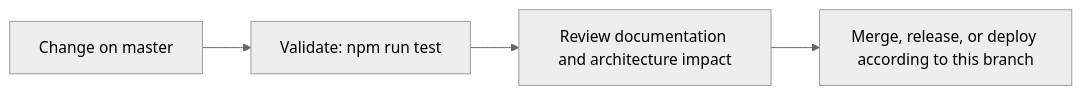
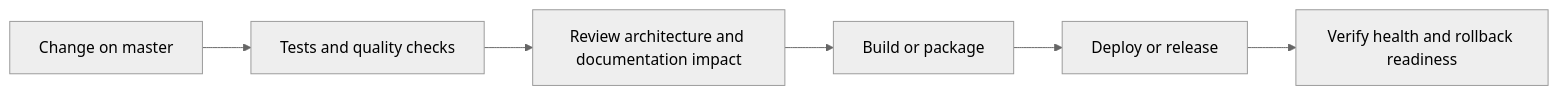
The fourth of 5 diagrams in README.md (Nischhalsubba/33-js-concepts), drawn with Mermaid (neutral theme) before and after one commit. The commit also changed other lines of this file, not shown here.

````diff
--- a/README.md
+++ b/README.md
@@ -57,8 +128,8 @@
 ```mermaid
 flowchart LR
-    CHANGE["Change on master"]
-    CHECK["Validate: npm run test"]
-    REVIEW["Review documentation and architecture impact"]
-    RELEASE["Merge, release, or deploy according to this branch"]
-    CHANGE --> CHECK --> REVIEW --> RELEASE
+    CHANGE["Change on master"] --> CHECK["Tests and quality checks"]
+    CHECK --> REVIEW["Review architecture and documentation impact"]
+    REVIEW --> BUILD["Build or package"]
+    BUILD --> DEPLOY["Deploy or release"]
+    DEPLOY --> VERIFY["Verify health and rollback readiness"]
 ```
````
